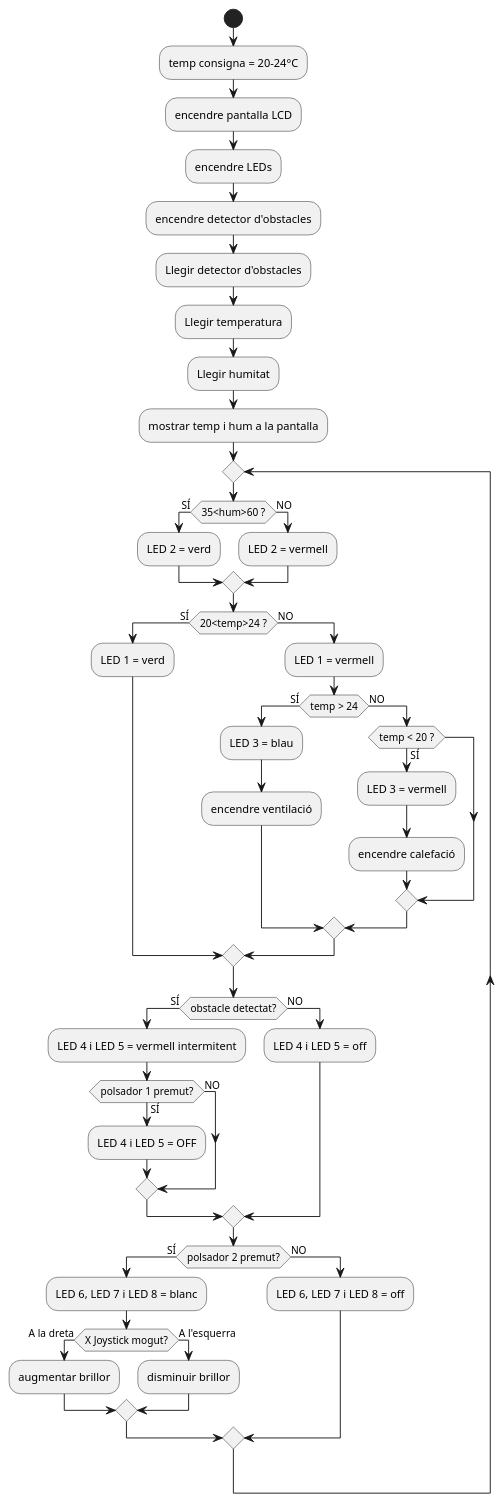
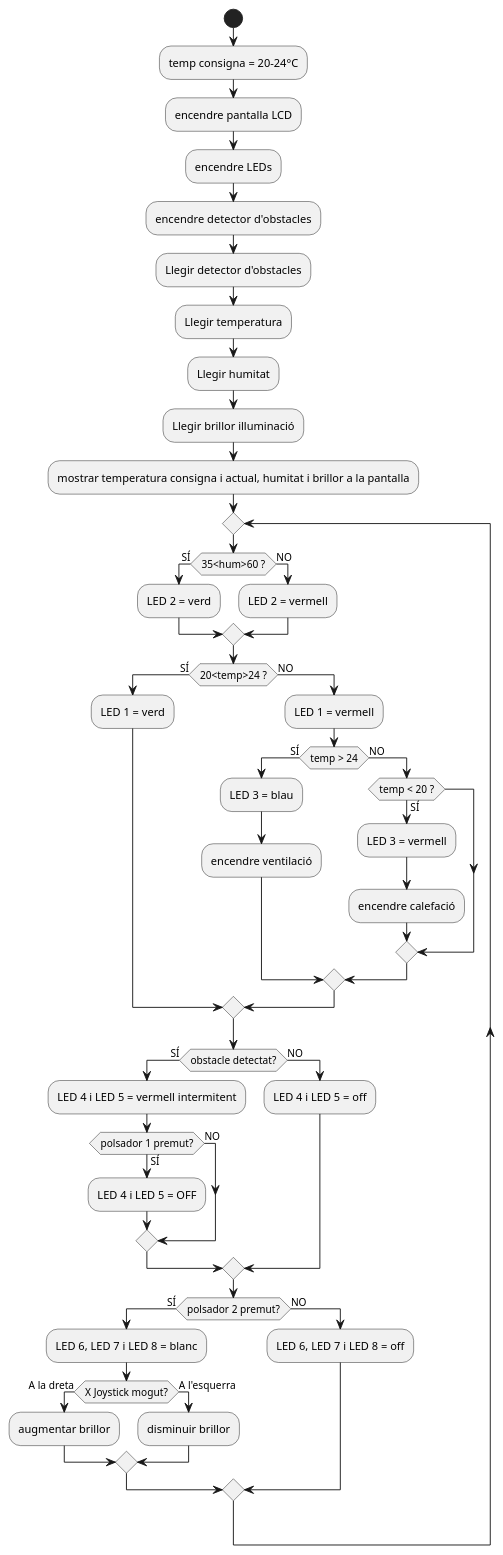
Before and after one commit to alex-touza/casa-domotica: the diagram in diagrams/flux.puml, drawn with PlantUML.

```diff
--- a/diagrams/flux.puml
+++ b/diagrams/flux.puml
@@ -1,60 +1,61 @@
 @startuml
 Start;
 :temp consigna = 20-24°C;
 :encendre pantalla LCD;
 :encendre LEDs;
 :encendre detector d'obstacles;
 :Llegir detector d'obstacles;
 :Llegir temperatura;
 :Llegir humitat;
-:mostrar temp i hum a la pantalla;
+:Llegir brillor illuminació;
+:mostrar temperatura consigna i actual, humitat i brillor a la pantalla;
 repeat
 if (35<hum>60 ?) then (SÍ)
  ->
  :LED 2 = verd;
  else (NO)
  ->
  :LED 2 = vermell;
 endif
 if (20<temp>24 ?) then (SÍ)
  ->
  :LED 1 = verd;
  else (NO)
  -> 
  :LED 1 = vermell;
 if (temp > 24) then (SÍ)
   ->
   :LED 3 = blau;
   :encendre ventilació;
   else (NO)
    if (temp < 20 ?) then (SÍ)
    -> 
    :LED 3 = vermell;
    :encendre calefació;
 endif
 endif
 endif
 if (obstacle detectat?) then (SÍ)
  ->
  :LED 4 i LED 5 = vermell intermitent;
  if (polsador 1 premut?) then (SÍ)
   ->
   :LED 4 i LED 5 = OFF;
   else (NO)
  endif
  else (NO)
  :LED 4 i LED 5 = off;
 endif
 if (polsador 2 premut?) then (SÍ)
  -> 
  :LED 6, LED 7 i LED 8 = blanc;
   if (X Joystick mogut?) then (A la dreta)
   :augmentar brillor;
   else (A l'esquerra)
   :disminuir brillor;
   endif
  else (NO)
  :LED 6, LED 7 i LED 8 = off;
 endif
 
 @enduml
```
